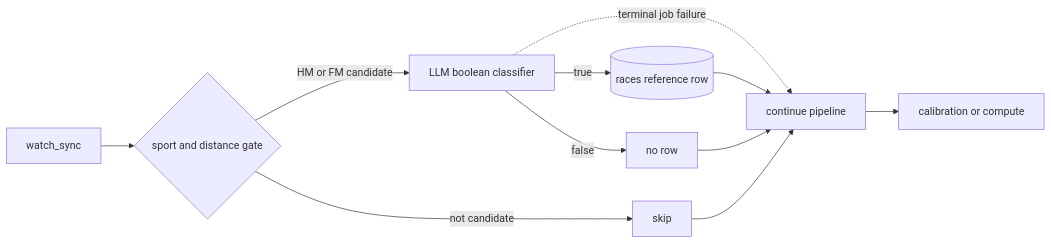
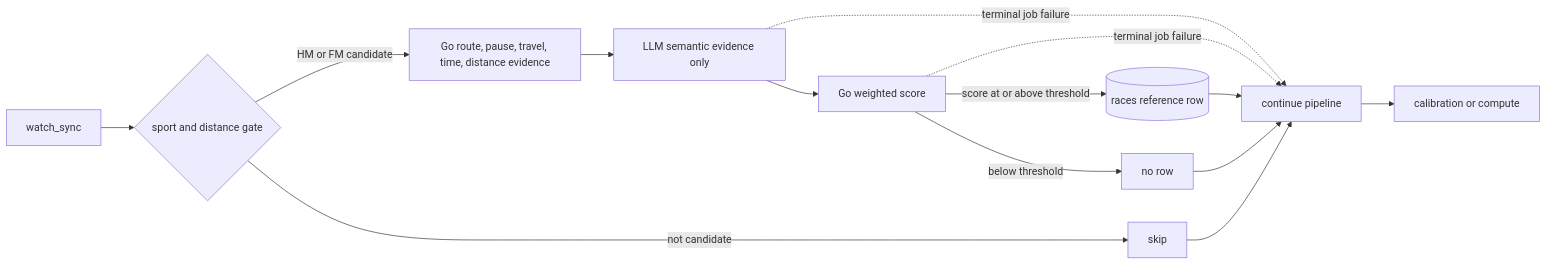
One commit to zhaochy1990/running changed the diagram in docs/adr/0029-independent-race-history-detection.md. Above: the diagram before and after it, drawn with Mermaid. The commit also changed other lines of this file and 26 other files, not shown here.

Commit message:
refactor: score race route evidence in Go

````diff
--- a/docs/adr/0029-independent-race-history-detection.md
+++ b/docs/adr/0029-independent-race-history-detection.md
@@ -51,13 +121,16 @@
 ```mermaid
 flowchart LR
     S[watch_sync] --> G{sport and distance gate}
     G -->|not candidate| K[skip]
-    G -->|HM or FM candidate| L[LLM boolean classifier]
-    L -->|true| R[(races reference row)]
-    L -->|false| N[no row]
+    G -->|HM or FM candidate| F[Go route, pause, travel, time, distance evidence]
+    F --> L[LLM semantic evidence only]
+    L --> W[Go weighted score]
+    W -->|score at or above threshold| R[(races reference row)]
+    W -->|below threshold| N[no row]
     L -. terminal job failure .-> C[continue pipeline]
+    W -. terminal job failure .-> C
     R --> C
     N --> C
     K --> C
     C --> P[calibration or compute]
 ```
````
